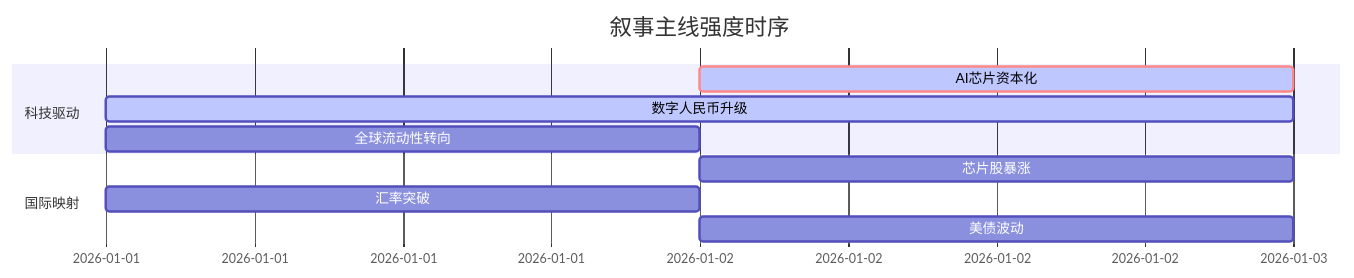
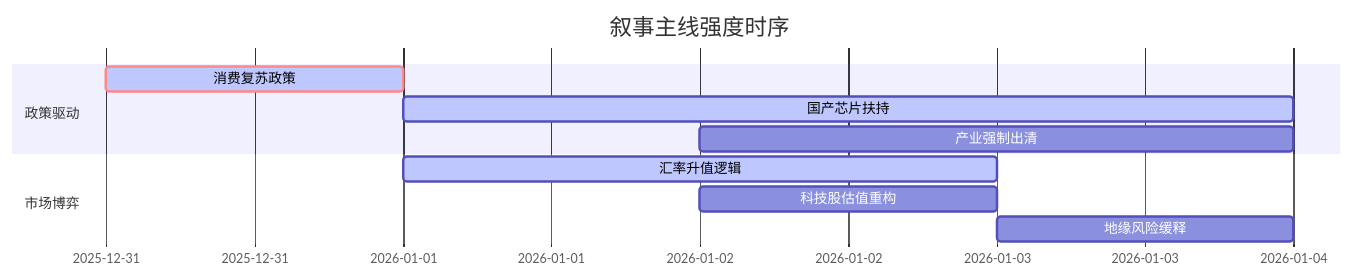
One commit to uu5zn/uu5zn.github.io changed the diagram in 5day_report.md. Above: the diagram before and after it, drawn with Mermaid. The commit also changed other lines of this file and 2 other files, not shown here.

````diff
--- a/5day_report.md
+++ b/5day_report.md
@@ -51,14 +51,14 @@
 ```mermaid
 gantt
     title 叙事主线强度时序
     dateFormat  YYYY-MM-DD
-    section 科技驱动
-    AI芯片资本化   :crit, active, 2026-01-02, 1d
-    数字人民币升级   :active, 2026-01-01, 2d
-    全球流动性转向   :2026-01-01, 1d
+    section 政策驱动
+    消费复苏政策   :crit, active, 2025-12-31, 1d
+    国产芯片扶持   :active, 2026-01-01, 3d
+    产业强制出清   :2026-01-02, 2d
     
-    section 国际映射
-    芯片股暴涨   :2026-01-02, 1d
-    汇率突破   :2026-01-01, 1d
-    美债波动   :2026-01-02, 1d
+    section 市场博弈
+    汇率升值逻辑   :active, 2026-01-01, 2d
+    科技股估值重构 :2026-01-02, 1d
+    地缘风险缓释   :2026-01-03, 1d
 ```
````
